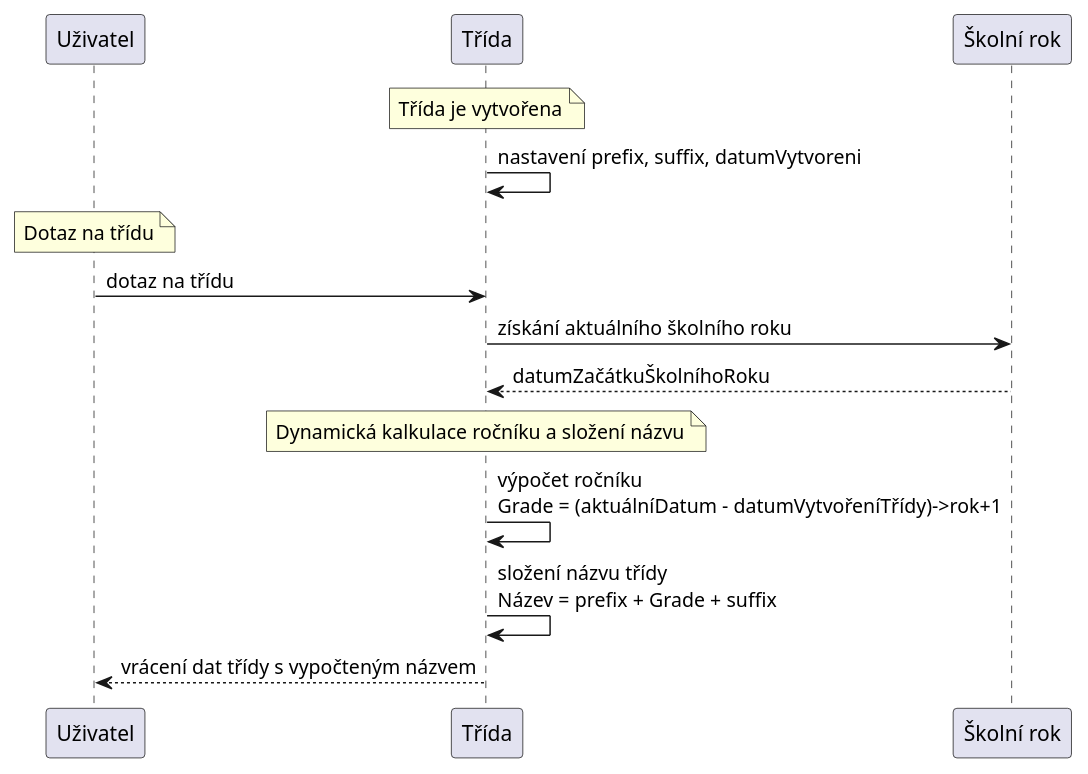
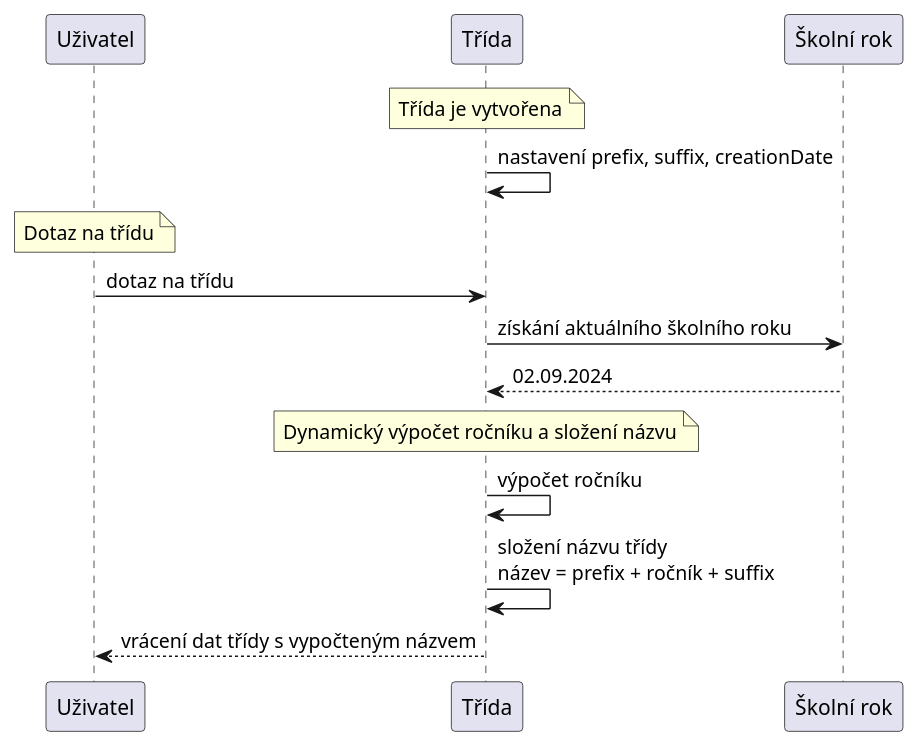
The diagram in diagrams/td-schedule-calculated-class.puml (DanielADK/tul-bp), drawn with PlantUML before and after one commit. The commit also changed 24 other files, not shown here.

```diff
--- a/diagrams/td-schedule-calculated-class.puml
+++ b/diagrams/td-schedule-calculated-class.puml
@@ -1,20 +1,20 @@
-@startuml
+@startuml td-schedule-calculated-class
 participant "Uživatel" as User
 participant "Třída" as Class
 participant "Školní rok" as SchoolYear
 
 note over Class: Třída je vytvořena
-Class -> Class: nastavení prefix, suffix, datumVytvoreni
+Class -> Class: nastavení prefix, suffix, creationDate
 
 note over User: Dotaz na třídu
 User -> Class: dotaz na třídu
 Class -> SchoolYear: získání aktuálního školního roku
-SchoolYear --> Class: datumZačátkuŠkolníhoRoku
+SchoolYear --> Class: 02.09.2024
 
-note over Class: Dynamická kalkulace ročníku a složení názvu
-Class -> Class: výpočet ročníku\nGrade = (aktuálníDatum - datumVytvořeníTřídy)->rok+1
-Class -> Class: složení názvu třídy\nNázev = prefix + Grade + suffix
+note over Class: Dynamický výpočet ročníku a složení názvu
+Class -> Class: výpočet ročníku
+Class -> Class: složení názvu třídy\nnázev = prefix + ročník + suffix
 
 Class --> User: vrácení dat třídy s vypočteným názvem
 
 @enduml
```
